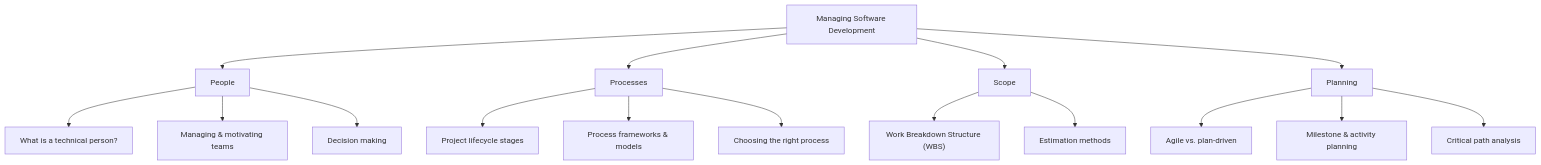
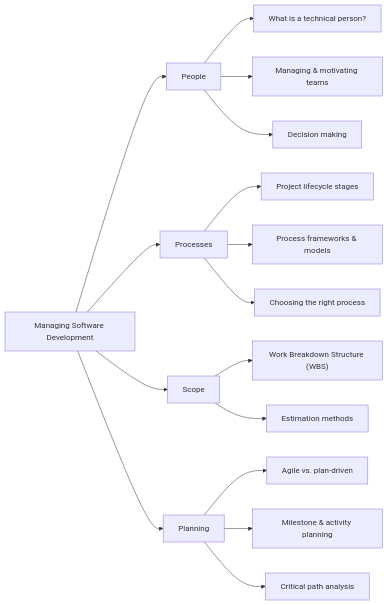
The diagram in index.md (msdbok/msdbok.github.io), drawn with Mermaid before and after one commit.

````diff
--- a/index.md
+++ b/index.md
@@ -18,23 +18,23 @@
 ```mermaid
-graph TD
+graph LR
     A[Managing Software Development]
     A --> B[People]
     A --> C[Processes]
     A --> D[Scope]
     A --> E[Planning]
 
     B --> B1["What is a technical person?"]
     B --> B2["Managing & motivating teams"]
     B --> B3["Decision making"]
 
     C --> C1["Project lifecycle stages"]
     C --> C2["Process frameworks & models"]
     C --> C3["Choosing the right process"]
 
     D --> D1["Work Breakdown Structure (WBS)"]
     D --> D2["Estimation methods"]
 
     E --> E1["Agile vs. plan-driven"]
     E --> E2["Milestone & activity planning"]
     E --> E3["Critical path analysis"]
 ```
````
